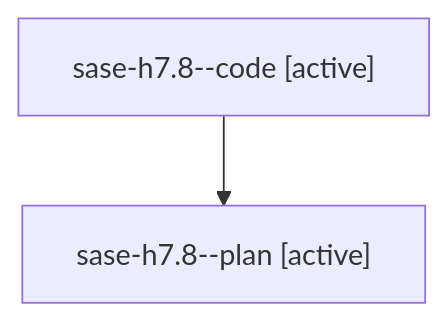
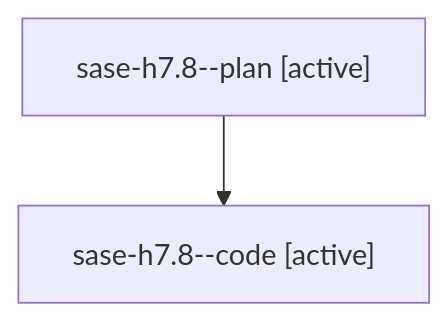
Before and after one commit to sase-org/sase--agents: the diagram in families/bbugyi200.athena.sase-h7.8.md, drawn with Mermaid. The commit also changed other lines of this file and 112 other files, not shown here.

````diff
--- a/families/bbugyi200.athena.sase-h7.8.md
+++ b/families/bbugyi200.athena.sase-h7.8.md
@@ -9,6 +9,6 @@
 ```mermaid
 flowchart TD
-  n0["sase-h7.8--code [active]"]
-  n1["sase-h7.8--plan [active]"]
+  n0["sase-h7.8--plan [active]"]
+  n1["sase-h7.8--code [active]"]
   n0 --> n1
 ```
````
